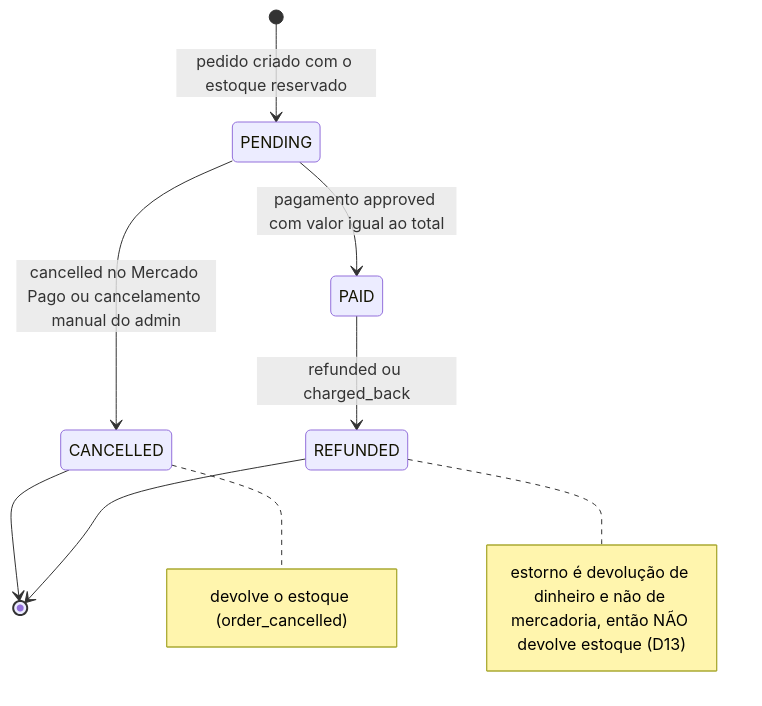
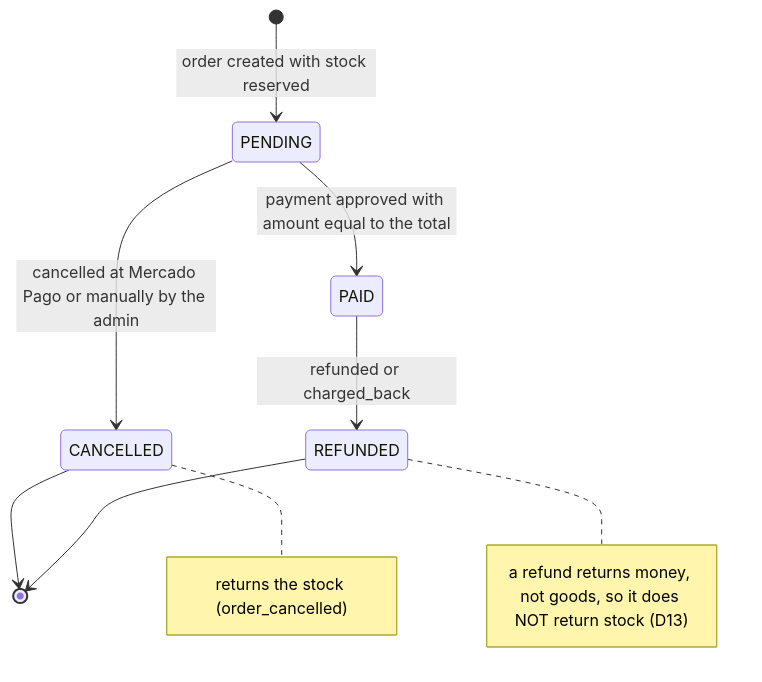
The third of 3 diagrams in README.md (hiagoka/bancada), drawn with Mermaid before and after one commit. The commit also changed other lines of this file, not shown here.

````diff
--- a/README.md
+++ b/README.md
@@ -122,16 +124,16 @@
 ```mermaid
 stateDiagram-v2
-    [*] --> PENDING: pedido criado com o estoque reservado
-    PENDING --> PAID: pagamento approved com valor igual ao total
-    PENDING --> CANCELLED: cancelled no Mercado Pago ou cancelamento manual do admin
-    PAID --> REFUNDED: refunded ou charged_back
+    [*] --> PENDING: order created with stock reserved
+    PENDING --> PAID: payment approved with amount equal to the total
+    PENDING --> CANCELLED: cancelled at Mercado Pago or manually by the admin
+    PAID --> REFUNDED: refunded or charged_back
     CANCELLED --> [*]
     REFUNDED --> [*]
 
     note right of CANCELLED
-        devolve o estoque (order_cancelled)
+        returns the stock (order_cancelled)
     end note
     note right of REFUNDED
-        estorno é devolução de dinheiro e não de mercadoria, então NÃO devolve estoque (D13)
+        a refund returns money, not goods, so it does NOT return stock (D13)
     end note
 ```
````
